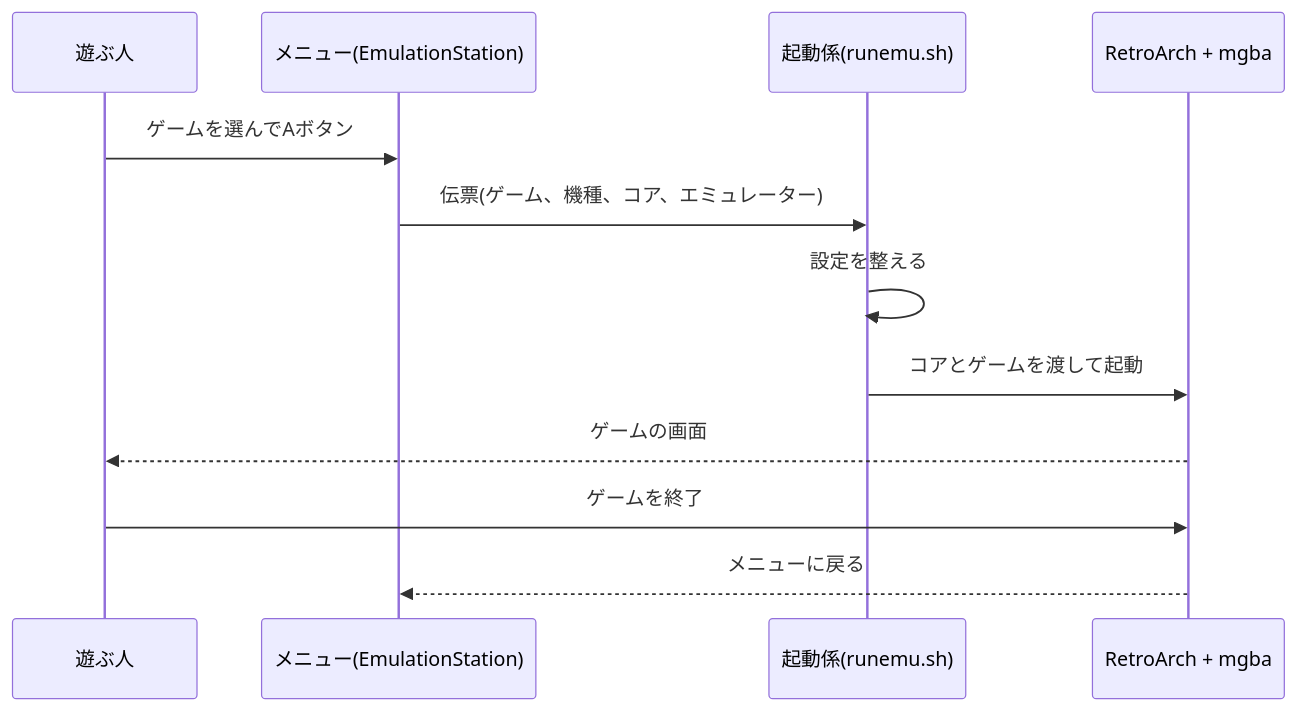
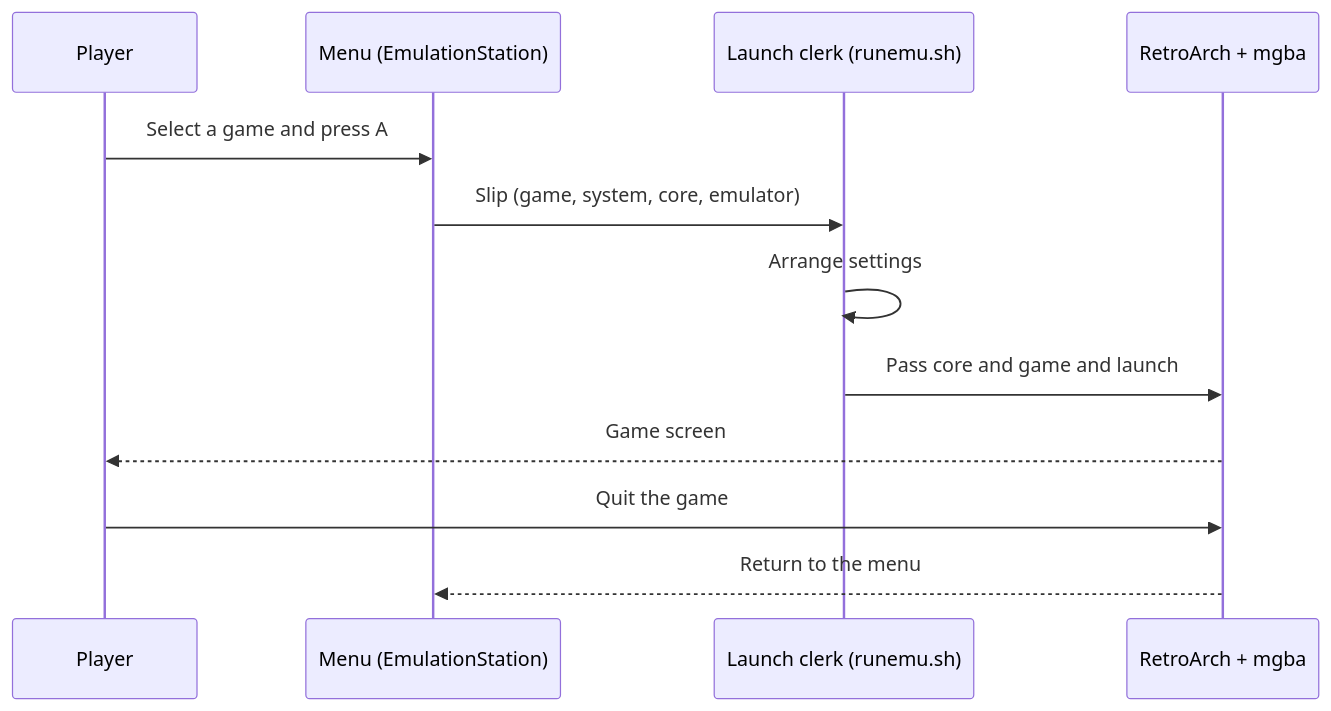
One commit to kiwamizamurai/gaming changed the third of 3 diagrams in articles/16-emulator-and-menu.md. Above: the diagram before and after it, drawn with Mermaid. The commit also changed other lines of this file and 46 other files, not shown here.

````diff
--- a/articles/16-emulator-and-menu.md
+++ b/articles/16-emulator-and-menu.md
@@ -141,14 +141,14 @@
 ```mermaid
 sequenceDiagram
-    participant U as 遊ぶ人
-    participant ES as メニュー(EmulationStation)
-    participant RE as 起動係(runemu.sh)
+    participant U as Player
+    participant ES as Menu (EmulationStation)
+    participant RE as Launch clerk (runemu.sh)
     participant RA as RetroArch + mgba
-    U->>ES: ゲームを選んでAボタン
-    ES->>RE: 伝票(ゲーム、機種、コア、エミュレーター)
-    RE->>RE: 設定を整える
-    RE->>RA: コアとゲームを渡して起動
-    RA-->>U: ゲームの画面
-    U->>RA: ゲームを終了
-    RA-->>ES: メニューに戻る
+    U->>ES: Select a game and press A
+    ES->>RE: Slip (game, system, core, emulator)
+    RE->>RE: Arrange settings
+    RE->>RA: Pass core and game and launch
+    RA-->>U: Game screen
+    U->>RA: Quit the game
+    RA-->>ES: Return to the menu
 ```
````
